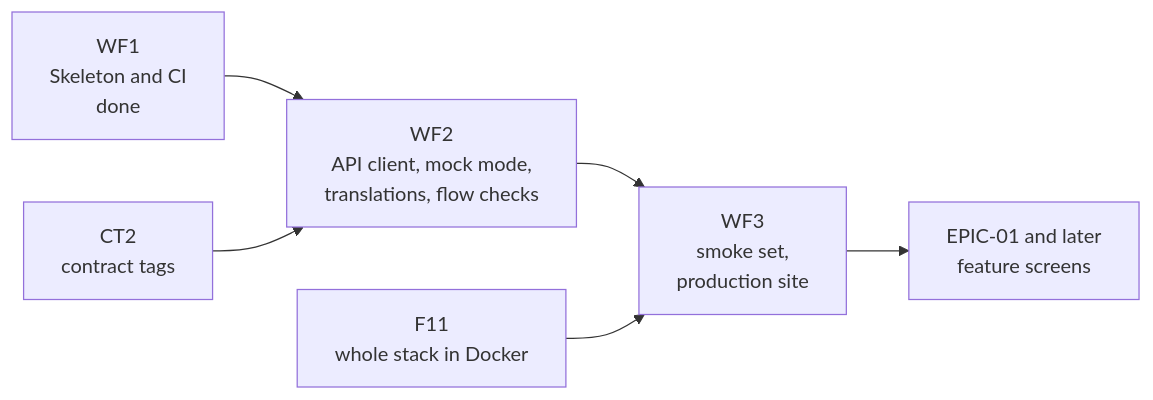
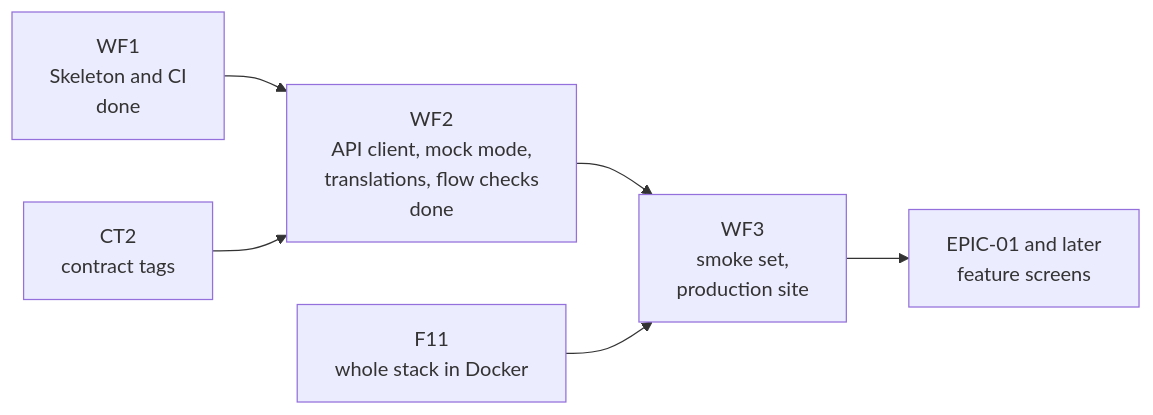
Before and after one commit to huynguyennang-agilityio/tripmate-web: the third of 3 diagrams in README.md, drawn with Mermaid. The commit also changed other lines of this file and 1 other file, not shown here.

Commit message:
WF2 Describe the client, mock mode, CI jobs and flow checks in CLAUDE.md and README

````diff
--- a/README.md
+++ b/README.md
@@ -227,8 +247,8 @@
 ```mermaid
 flowchart LR
-    WF1["WF1<br/>Skeleton and CI<br/>done"] --> WF2["WF2<br/>API client, mock mode,<br/>translations, flow checks"]
+    WF1["WF1<br/>Skeleton and CI<br/>done"] --> WF2["WF2<br/>API client, mock mode,<br/>translations, flow checks<br/>done"]
     CT2["CT2<br/>contract tags"] --> WF2
     WF2 --> WF3["WF3<br/>smoke set,<br/>production site"]
     F11["F11<br/>whole stack in Docker"] --> WF3
     WF3 --> EP["EPIC-01 and later<br/>feature screens"]
 ```
````
